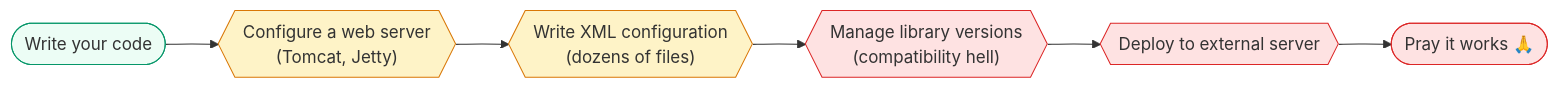
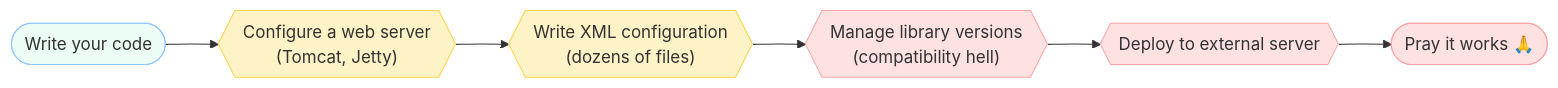
Before and after one commit to saivamsikaruturi/vamsilabs-dev-notes-main: the second of 6 diagrams in docs/springboot/introduction.md, drawn with Mermaid. The commit also changed other lines of this file and 220 other files, not shown here.

First line of the commit message:
Add 50+ new Java/Spring Boot pages, rewrite CSS code blocks to Oracle style, fix all diagram colors

````diff
--- a/docs/springboot/introduction.md
+++ b/docs/springboot/introduction.md
@@ -27,15 +32,15 @@
 ```mermaid
 flowchart LR
     A(["Write your code"]) --> B{{"Configure a web server<br/>(Tomcat, Jetty)"}}
     B --> C{{"Write XML configuration<br/>(dozens of files)"}}
     C --> D{{"Manage library versions<br/>(compatibility hell)"}}
     D --> E{{"Deploy to external server"}}
     E --> F(["Pray it works 🙏"])
 
-    style A fill:#ECFDF5,stroke:#059669
-    style B fill:#FEF3C7,stroke:#D97706
-    style C fill:#FEF3C7,stroke:#D97706
-    style D fill:#FEE2E2,stroke:#DC2626
-    style E fill:#FEE2E2,stroke:#DC2626
-    style F fill:#FEE2E2,stroke:#DC2626
+    style A fill:#ECFDF5,stroke:#93C5FD
+    style B fill:#FEF3C7,stroke:#FCD34D
+    style C fill:#FEF3C7,stroke:#FCD34D
+    style D fill:#FEE2E2,stroke:#FCA5A5
+    style E fill:#FEE2E2,stroke:#FCA5A5
+    style F fill:#FEE2E2,stroke:#FCA5A5
 ```
````
